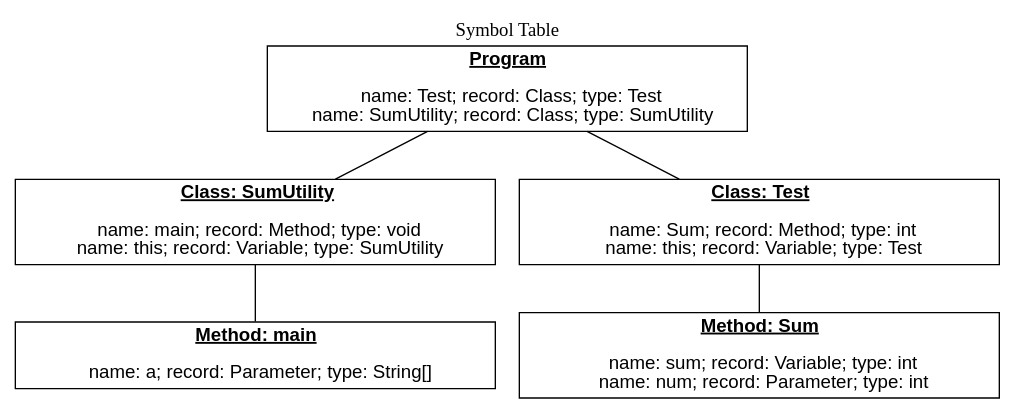
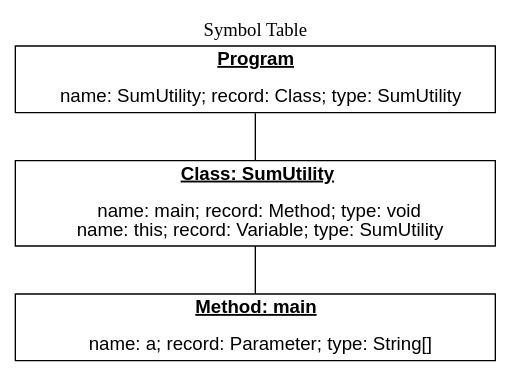
Before and after one commit to alexyhb/Compiler3IR: the diagram in st.dot, drawn with Graphviz. The commit also changed 43 other files, not shown here.

```diff
--- a/st.dot
+++ b/st.dot
@@ -1,30 +1,19 @@
 graph {
 label="Symbol Table";
 labelloc="t";
 
 node [shape=rect, fontname=Arial, width=5];
 
 n0 [label=<<U><B>Program</B></U><BR/><BR/>
-name: Test; record: Class; type: Test<BR/>
 name: SumUtility; record: Class; type: SumUtility<BR/>
 >];
 n0 -- n1;
 n1 [label=<<U><B>Class: SumUtility</B></U><BR/><BR/>
 name: main; record: Method; type: void<BR/>
 name: this; record: Variable; type: SumUtility<BR/>
 >];
 n1 -- n2;
 n2 [label=<<U><B>Method: main</B></U><BR/><BR/>
 name: a; record: Parameter; type: String[]<BR/>
 >];
-n0 -- n3;
-n3 [label=<<U><B>Class: Test</B></U><BR/><BR/>
-name: Sum; record: Method; type: int<BR/>
-name: this; record: Variable; type: Test<BR/>
->];
-n3 -- n4;
-n4 [label=<<U><B>Method: Sum</B></U><BR/><BR/>
-name: sum; record: Variable; type: int<BR/>
-name: num; record: Parameter; type: int<BR/>
->];
 }
```
